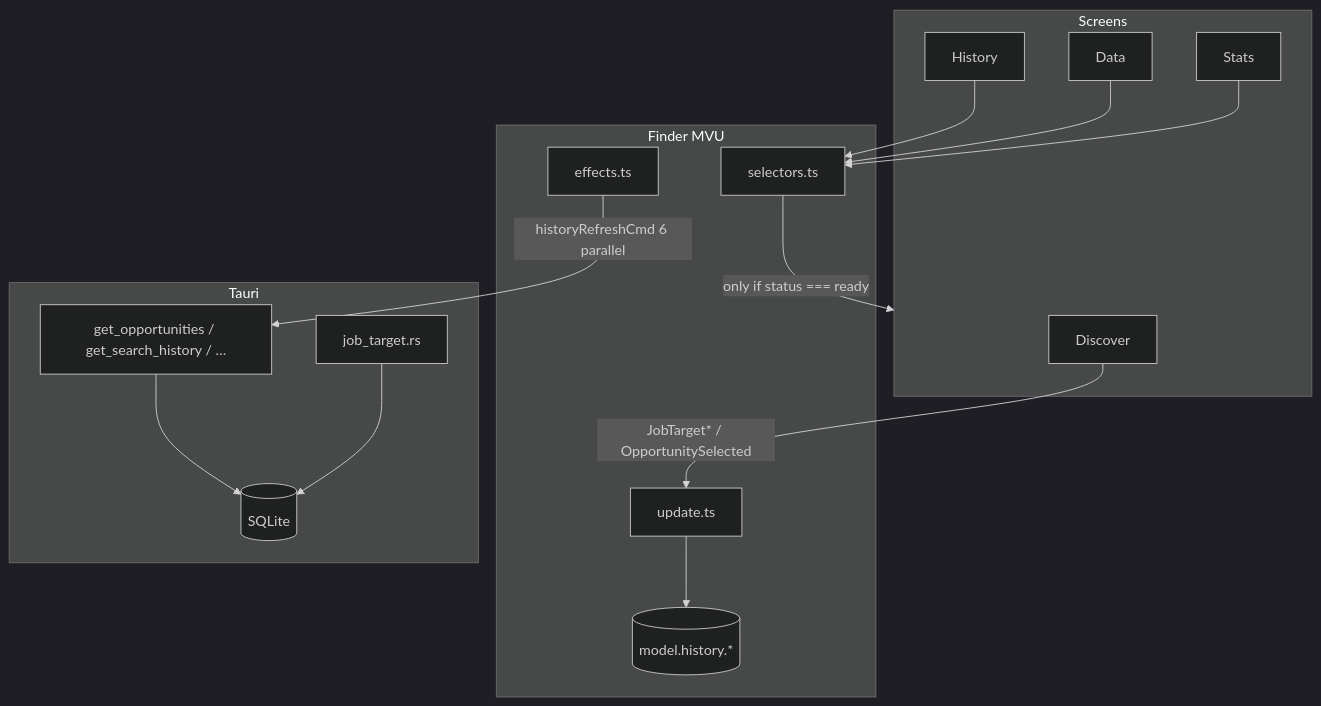
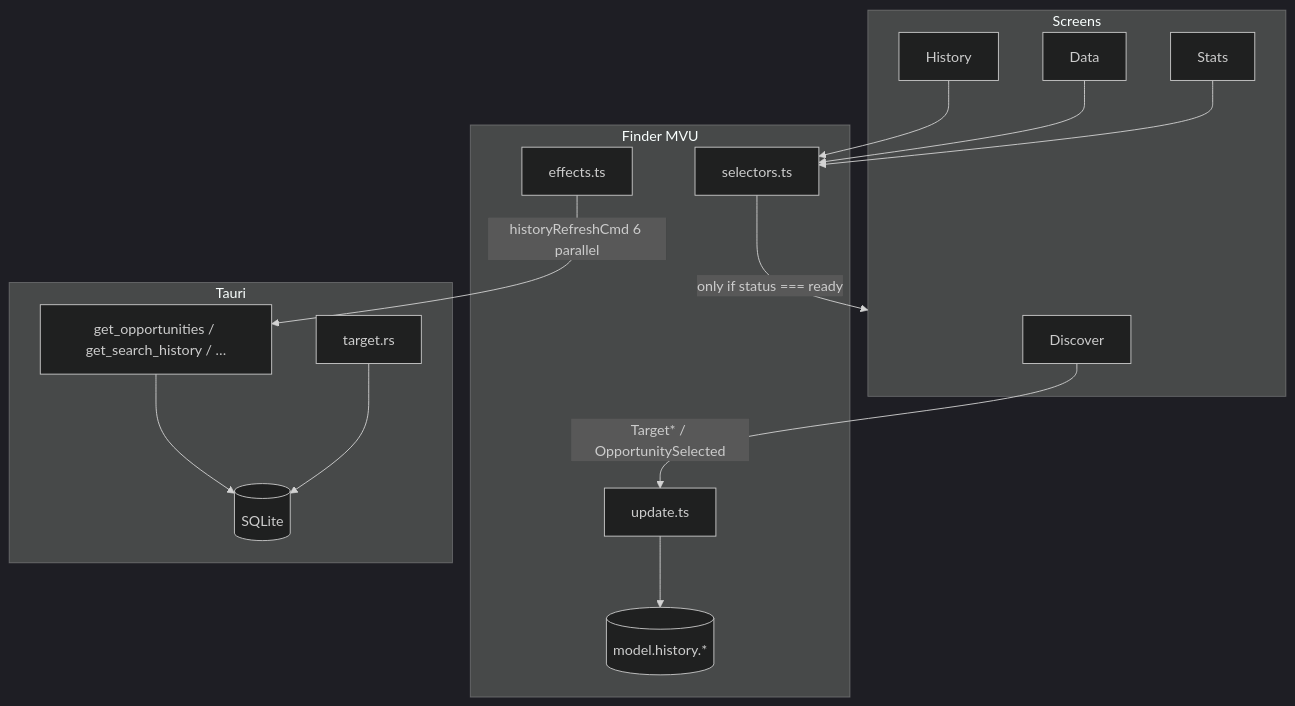
The second of 16 diagrams in reports/batch-2-engineering-blueprints.md (p10ns11y/collab-finder), drawn with Mermaid (dark theme) before and after one commit. The commit also changed other lines of this file and 31 other files, not shown here.

First line of the commit message:
chore: deepest clean of legacy terminology (Job/JobTarget -> Opportunity/Target, Hunt -> Xplore)

````diff
--- a/reports/batch-2-engineering-blueprints.md
+++ b/reports/batch-2-engineering-blueprints.md
@@ -49,32 +49,32 @@
 ```mermaid
 flowchart TB
   subgraph UI["Screens"]
     D[Discover]
     H[History]
     DT[Data]
     ST[Stats]
   end
 
   subgraph MVU["Finder MVU"]
     U[update.ts]
     E[effects.ts]
     S[selectors.ts]
     M[(model.history.*)]
   end
 
   subgraph Rust["Tauri"]
-    JT[job_target.rs]
+    JT[target.rs]
     DB[(SQLite)]
     IPC[get_opportunities / get_search_history / …]
   end
 
-  D -->|JobTarget* / OpportunitySelected| U
+  D -->|Target* / OpportunitySelected| U
   H --> S
   DT --> S
   ST --> S
   S -->|only if status === ready| UI
   U --> M
   E -->|historyRefreshCmd 6 parallel| IPC
   IPC --> DB
   JT --> DB
 ```
````
